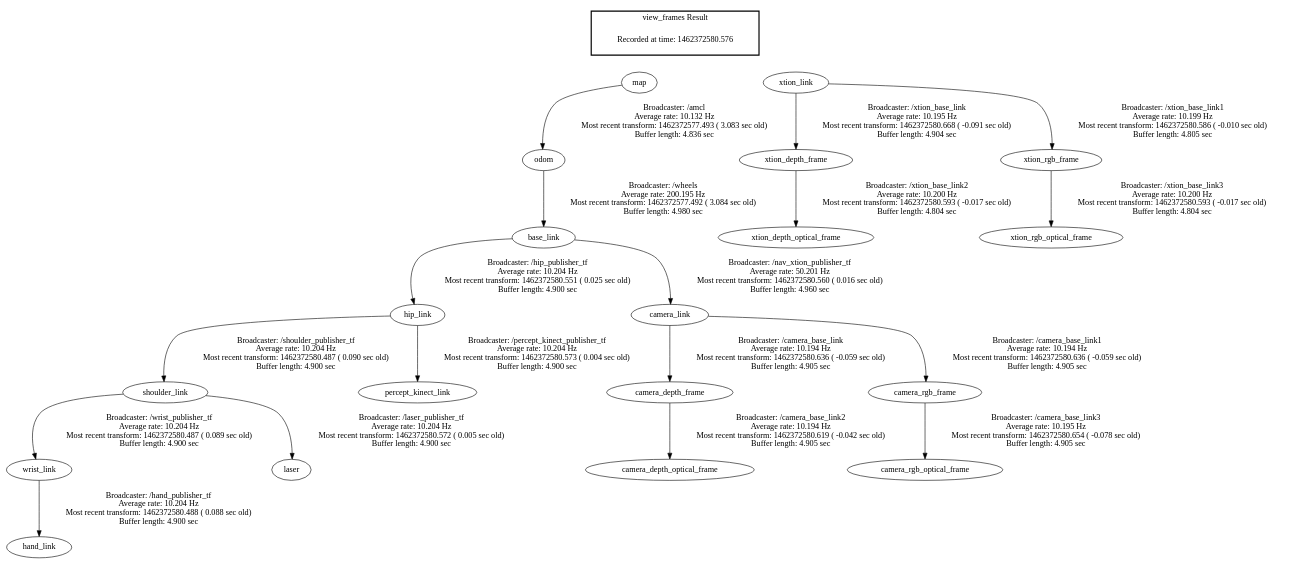
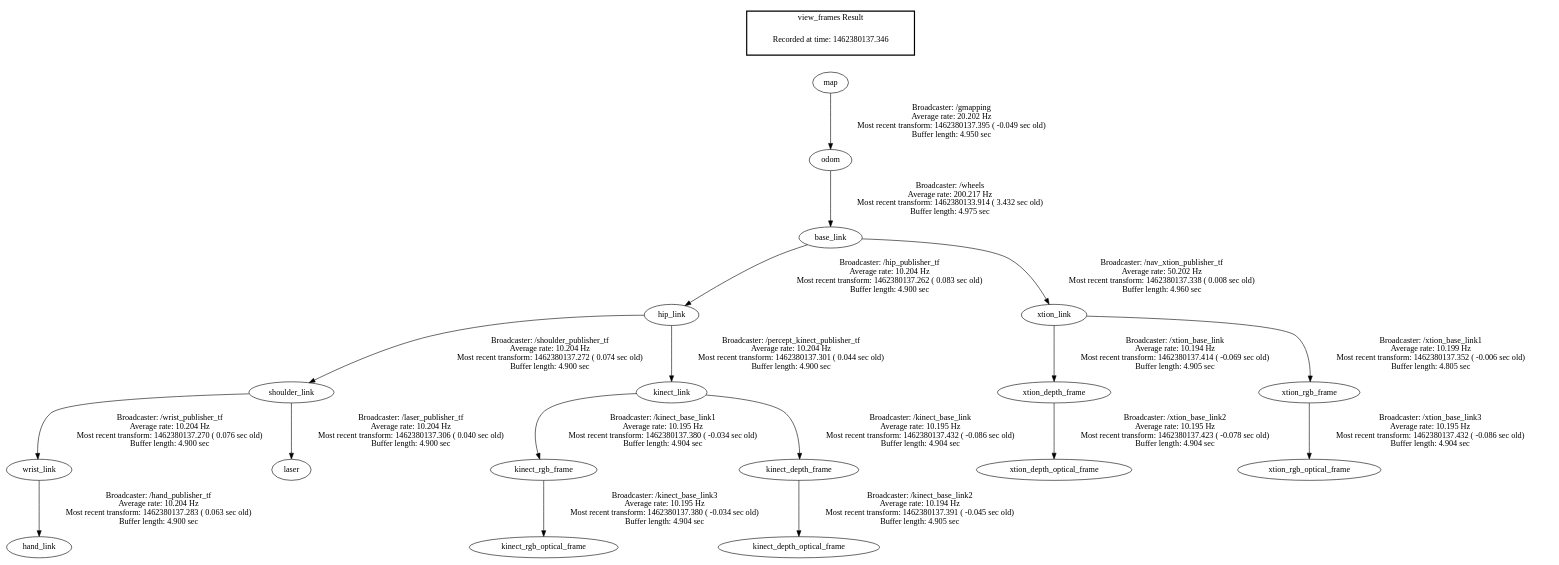
One commit to aransena/wip_ws changed the diagram in frames.gv. Above: the diagram before and after it, drawn with Graphviz. The commit also changed 6 other files, not shown here.

```diff
--- a/frames.gv
+++ b/frames.gv
@@ -1,27 +1,23 @@
 digraph G {
-"hip_link" -> "shoulder_link"[label="Broadcaster: /shoulder_publisher_tf\nAverage rate: 10.204 Hz\nMost recent transform: 1462372580.487 ( 0.090 sec old)\nBuffer length: 4.900 sec\n"];
-"base_link" -> "hip_link"[label="Broadcaster: /hip_publisher_tf\nAverage rate: 10.204 Hz\nMost recent transform: 1462372580.551 ( 0.025 sec old)\nBuffer length: 4.900 sec\n"];
-"shoulder_link" -> "wrist_link"[label="Broadcaster: /wrist_publisher_tf\nAverage rate: 10.204 Hz\nMost recent transform: 1462372580.487 ( 0.089 sec old)\nBuffer length: 4.900 sec\n"];
-"wrist_link" -> "hand_link"[label="Broadcaster: /hand_publisher_tf\nAverage rate: 10.204 Hz\nMost recent transform: 1462372580.488 ( 0.088 sec old)\nBuffer length: 4.900 sec\n"];
-"odom" -> "base_link"[label="Broadcaster: /wheels\nAverage rate: 200.195 Hz\nMost recent transform: 1462372577.492 ( 3.084 sec old)\nBuffer length: 4.980 sec\n"];
-"map" -> "odom"[label="Broadcaster: /amcl\nAverage rate: 10.132 Hz\nMost recent transform: 1462372577.493 ( 3.083 sec old)\nBuffer length: 4.836 sec\n"];
-"base_link" -> "camera_link"[label="Broadcaster: /nav_xtion_publisher_tf\nAverage rate: 50.201 Hz\nMost recent transform: 1462372580.560 ( 0.016 sec old)\nBuffer length: 4.960 sec\n"];
-"camera_depth_frame" -> "camera_depth_optical_frame"[label="Broadcaster: /camera_base_link2\nAverage rate: 10.194 Hz\nMost recent transform: 1462372580.619 ( -0.042 sec old)\nBuffer length: 4.905 sec\n"];
-"camera_link" -> "camera_depth_frame"[label="Broadcaster: /camera_base_link\nAverage rate: 10.194 Hz\nMost recent transform: 1462372580.636 ( -0.059 sec old)\nBuffer length: 4.905 sec\n"];
-"camera_link" -> "camera_rgb_frame"[label="Broadcaster: /camera_base_link1\nAverage rate: 10.194 Hz\nMost recent transform: 1462372580.636 ( -0.059 sec old)\nBuffer length: 4.905 sec\n"];
-"camera_rgb_frame" -> "camera_rgb_optical_frame"[label="Broadcaster: /camera_base_link3\nAverage rate: 10.195 Hz\nMost recent transform: 1462372580.654 ( -0.078 sec old)\nBuffer length: 4.905 sec\n"];
-"xtion_link" -> "xtion_depth_frame"[label="Broadcaster: /xtion_base_link\nAverage rate: 10.195 Hz\nMost recent transform: 1462372580.668 ( -0.091 sec old)\nBuffer length: 4.904 sec\n"];
-"shoulder_link" -> "laser"[label="Broadcaster: /laser_publisher_tf\nAverage rate: 10.204 Hz\nMost recent transform: 1462372580.572 ( 0.005 sec old)\nBuffer length: 4.900 sec\n"];
-"hip_link" -> "percept_kinect_link"[label="Broadcaster: /percept_kinect_publisher_tf\nAverage rate: 10.204 Hz\nMost recent transform: 1462372580.573 ( 0.004 sec old)\nBuffer length: 4.900 sec\n"];
-"xtion_link" -> "xtion_rgb_frame"[label="Broadcaster: /xtion_base_link1\nAverage rate: 10.199 Hz\nMost recent transform: 1462372580.586 ( -0.010 sec old)\nBuffer length: 4.805 sec\n"];
-"xtion_rgb_frame" -> "xtion_rgb_optical_frame"[label="Broadcaster: /xtion_base_link3\nAverage rate: 10.200 Hz\nMost recent transform: 1462372580.593 ( -0.017 sec old)\nBuffer length: 4.804 sec\n"];
-"xtion_depth_frame" -> "xtion_depth_optical_frame"[label="Broadcaster: /xtion_base_link2\nAverage rate: 10.200 Hz\nMost recent transform: 1462372580.593 ( -0.017 sec old)\nBuffer length: 4.804 sec\n"];
+"base_link" -> "hip_link"[label="Broadcaster: /hip_publisher_tf\nAverage rate: 10.204 Hz\nMost recent transform: 1462380137.262 ( 0.083 sec old)\nBuffer length: 4.900 sec\n"];
+"odom" -> "base_link"[label="Broadcaster: /wheels\nAverage rate: 200.217 Hz\nMost recent transform: 1462380133.914 ( 3.432 sec old)\nBuffer length: 4.975 sec\n"];
+"map" -> "odom"[label="Broadcaster: /gmapping\nAverage rate: 20.202 Hz\nMost recent transform: 1462380137.395 ( -0.049 sec old)\nBuffer length: 4.950 sec\n"];
+"shoulder_link" -> "wrist_link"[label="Broadcaster: /wrist_publisher_tf\nAverage rate: 10.204 Hz\nMost recent transform: 1462380137.270 ( 0.076 sec old)\nBuffer length: 4.900 sec\n"];
+"hip_link" -> "shoulder_link"[label="Broadcaster: /shoulder_publisher_tf\nAverage rate: 10.204 Hz\nMost recent transform: 1462380137.272 ( 0.074 sec old)\nBuffer length: 4.900 sec\n"];
+"kinect_rgb_frame" -> "kinect_rgb_optical_frame"[label="Broadcaster: /kinect_base_link3\nAverage rate: 10.195 Hz\nMost recent transform: 1462380137.380 ( -0.034 sec old)\nBuffer length: 4.904 sec\n"];
+"kinect_link" -> "kinect_rgb_frame"[label="Broadcaster: /kinect_base_link1\nAverage rate: 10.195 Hz\nMost recent transform: 1462380137.380 ( -0.034 sec old)\nBuffer length: 4.904 sec\n"];
+"hip_link" -> "kinect_link"[label="Broadcaster: /percept_kinect_publisher_tf\nAverage rate: 10.204 Hz\nMost recent transform: 1462380137.301 ( 0.044 sec old)\nBuffer length: 4.900 sec\n"];
+"base_link" -> "xtion_link"[label="Broadcaster: /nav_xtion_publisher_tf\nAverage rate: 50.202 Hz\nMost recent transform: 1462380137.338 ( 0.008 sec old)\nBuffer length: 4.960 sec\n"];
+"wrist_link" -> "hand_link"[label="Broadcaster: /hand_publisher_tf\nAverage rate: 10.204 Hz\nMost recent transform: 1462380137.283 ( 0.063 sec old)\nBuffer length: 4.900 sec\n"];
+"kinect_depth_frame" -> "kinect_depth_optical_frame"[label="Broadcaster: /kinect_base_link2\nAverage rate: 10.194 Hz\nMost recent transform: 1462380137.391 ( -0.045 sec old)\nBuffer length: 4.905 sec\n"];
+"kinect_link" -> "kinect_depth_frame"[label="Broadcaster: /kinect_base_link\nAverage rate: 10.195 Hz\nMost recent transform: 1462380137.432 ( -0.086 sec old)\nBuffer length: 4.904 sec\n"];
+"shoulder_link" -> "laser"[label="Broadcaster: /laser_publisher_tf\nAverage rate: 10.204 Hz\nMost recent transform: 1462380137.306 ( 0.040 sec old)\nBuffer length: 4.900 sec\n"];
+"xtion_link" -> "xtion_depth_frame"[label="Broadcaster: /xtion_base_link\nAverage rate: 10.194 Hz\nMost recent transform: 1462380137.414 ( -0.069 sec old)\nBuffer length: 4.905 sec\n"];
+"xtion_depth_frame" -> "xtion_depth_optical_frame"[label="Broadcaster: /xtion_base_link2\nAverage rate: 10.195 Hz\nMost recent transform: 1462380137.423 ( -0.078 sec old)\nBuffer length: 4.904 sec\n"];
+"xtion_rgb_frame" -> "xtion_rgb_optical_frame"[label="Broadcaster: /xtion_base_link3\nAverage rate: 10.195 Hz\nMost recent transform: 1462380137.432 ( -0.086 sec old)\nBuffer length: 4.904 sec\n"];
+"xtion_link" -> "xtion_rgb_frame"[label="Broadcaster: /xtion_base_link1\nAverage rate: 10.199 Hz\nMost recent transform: 1462380137.352 ( -0.006 sec old)\nBuffer length: 4.805 sec\n"];
 edge [style=invis];
  subgraph cluster_legend { style=bold; color=black; label ="view_frames Result";
-"Recorded at time: 1462372580.576"[ shape=plaintext ] ;
+"Recorded at time: 1462380137.346"[ shape=plaintext ] ;
  }->"map";
-edge [style=invis];
- subgraph cluster_legend { style=bold; color=black; label ="view_frames Result";
-"Recorded at time: 1462372580.576"[ shape=plaintext ] ;
- }->"xtion_link";
 }
```
